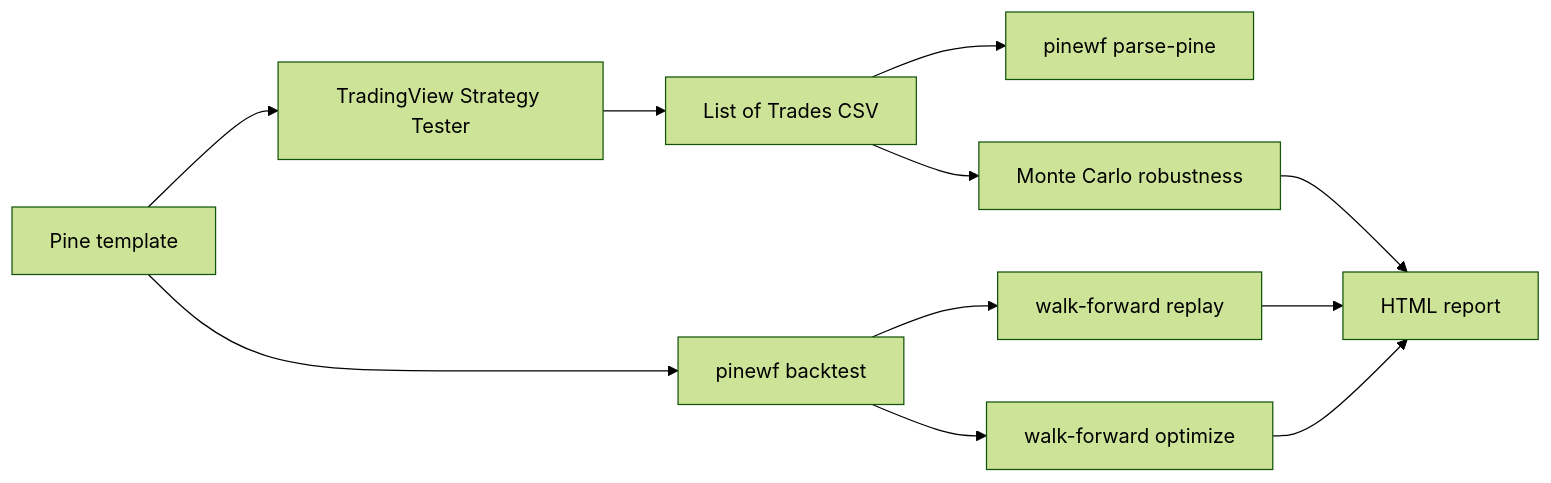
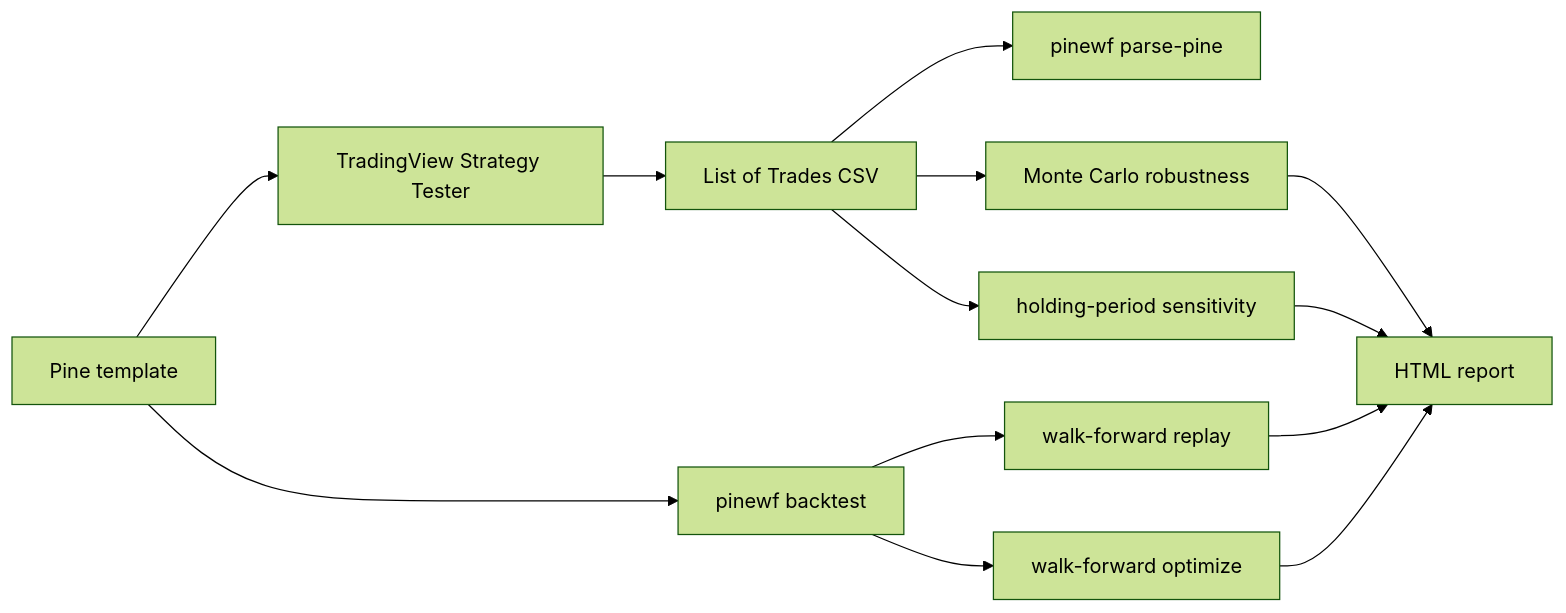
The diagram in README.md (baronguyen001/pinescript-strategy-template), drawn with Mermaid (forest theme) before and after one commit. The commit also changed other lines of this file and 12 other files, not shown here.

First line of the commit message:
pinescript-strategy-template v0.3.0 - short template, holding-period sensitivity, MC PNG export

````diff
--- a/README.md
+++ b/README.md
@@ -41,13 +43,15 @@
 ```mermaid
 flowchart LR
   A[Pine template] --> B[TradingView Strategy Tester]
   B --> C[List of Trades CSV]
   C --> D[pinewf parse-pine]
   A --> E[pinewf backtest]
   E --> F[walk-forward replay]
   E --> G[walk-forward optimize]
   F --> H[HTML report]
   G --> H
   C --> I[Monte Carlo robustness]
   I --> H
+  C --> J[holding-period sensitivity]
+  J --> H
 ```
````
